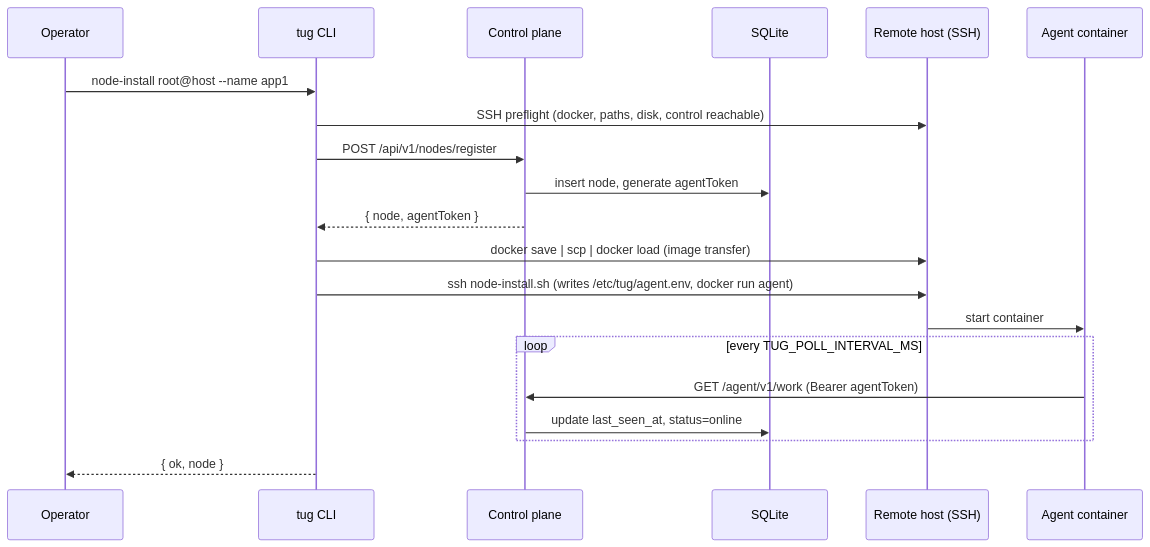
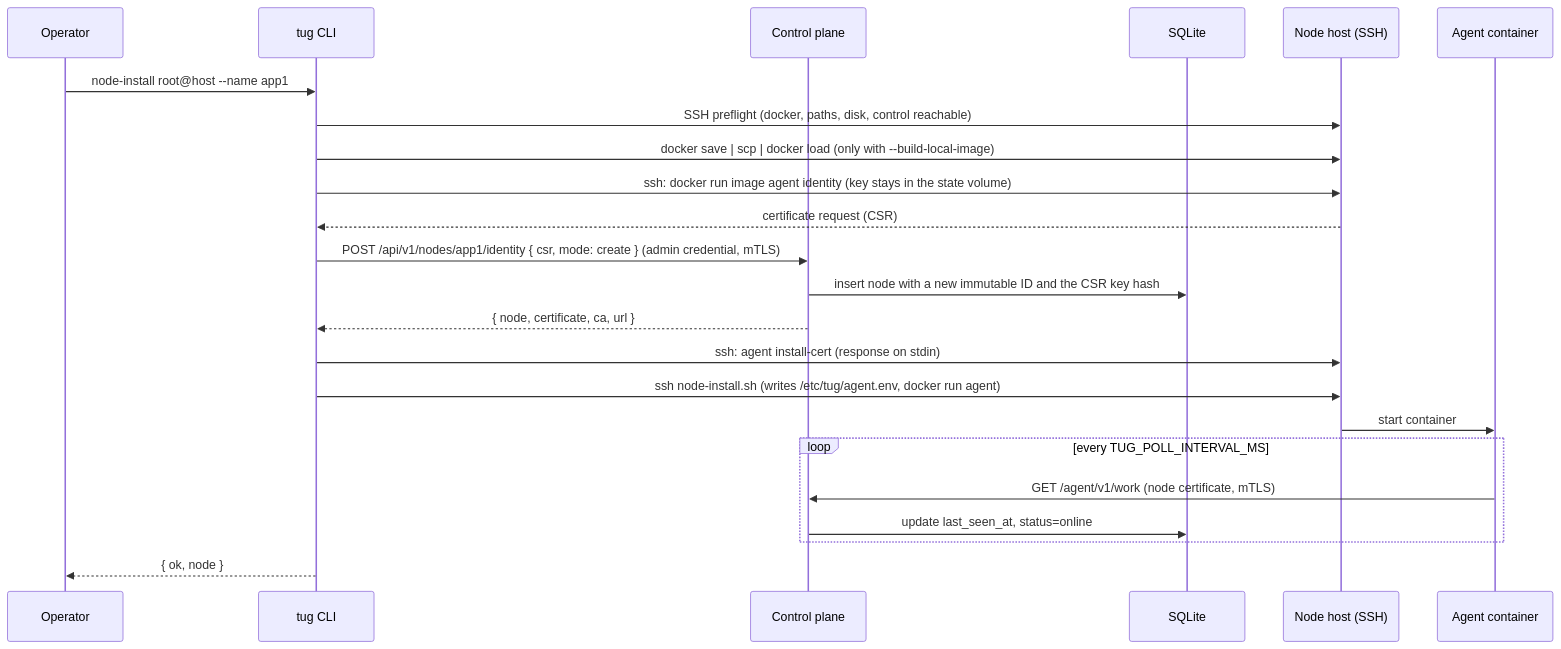
The first of 5 diagrams in docs/architecture.md (wpelevator/tug), drawn with Mermaid before and after one commit. The commit also changed other lines of this file and 119 other files, not shown here.

Commit message:
feat: one mTLS control port for nodes, operators and CI (#45)

````diff
--- a/docs/architecture.md
+++ b/docs/architecture.md
@@ -62,23 +64,26 @@
 ```mermaid
 sequenceDiagram
     participant Op as Operator
     participant CLI as tug CLI
     participant Ctrl as Control plane
     participant DB as SQLite
-    participant Host as Remote host (SSH)
+    participant Host as Node host (SSH)
     participant Agent as Agent container
 
     Op->>CLI: node-install root@host --name app1
     CLI->>Host: SSH preflight (docker, paths, disk, control reachable)
-    CLI->>Ctrl: POST /api/v1/nodes/register
-    Ctrl->>DB: insert node, generate agentToken
-    Ctrl-->>CLI: { node, agentToken }
-    CLI->>Host: docker save | scp | docker load (image transfer)
+    CLI->>Host: docker save | scp | docker load (only with --build-local-image)
+    CLI->>Host: ssh: docker run image agent identity (key stays in the state volume)
+    Host-->>CLI: certificate request (CSR)
+    CLI->>Ctrl: POST /api/v1/nodes/app1/identity { csr, mode: create } (admin credential, mTLS)
+    Ctrl->>DB: insert node with a new immutable ID and the CSR key hash
+    Ctrl-->>CLI: { node, certificate, ca, url }
+    CLI->>Host: ssh: agent install-cert (response on stdin)
     CLI->>Host: ssh node-install.sh (writes /etc/tug/agent.env, docker run agent)
     Host->>Agent: start container
     loop every TUG_POLL_INTERVAL_MS
-        Agent->>Ctrl: GET /agent/v1/work (Bearer agentToken)
+        Agent->>Ctrl: GET /agent/v1/work (node certificate, mTLS)
         Ctrl->>DB: update last_seen_at, status=online
     end
     CLI-->>Op: { ok, node }
 ```
````
